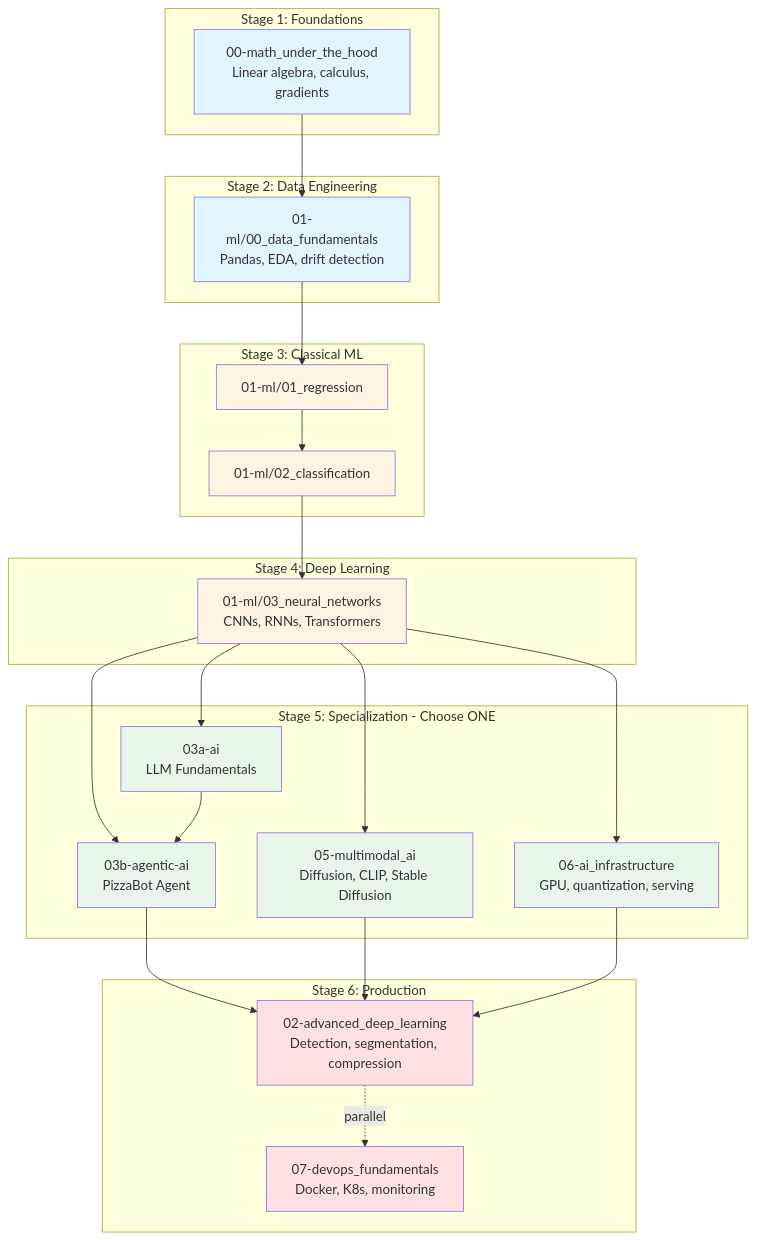
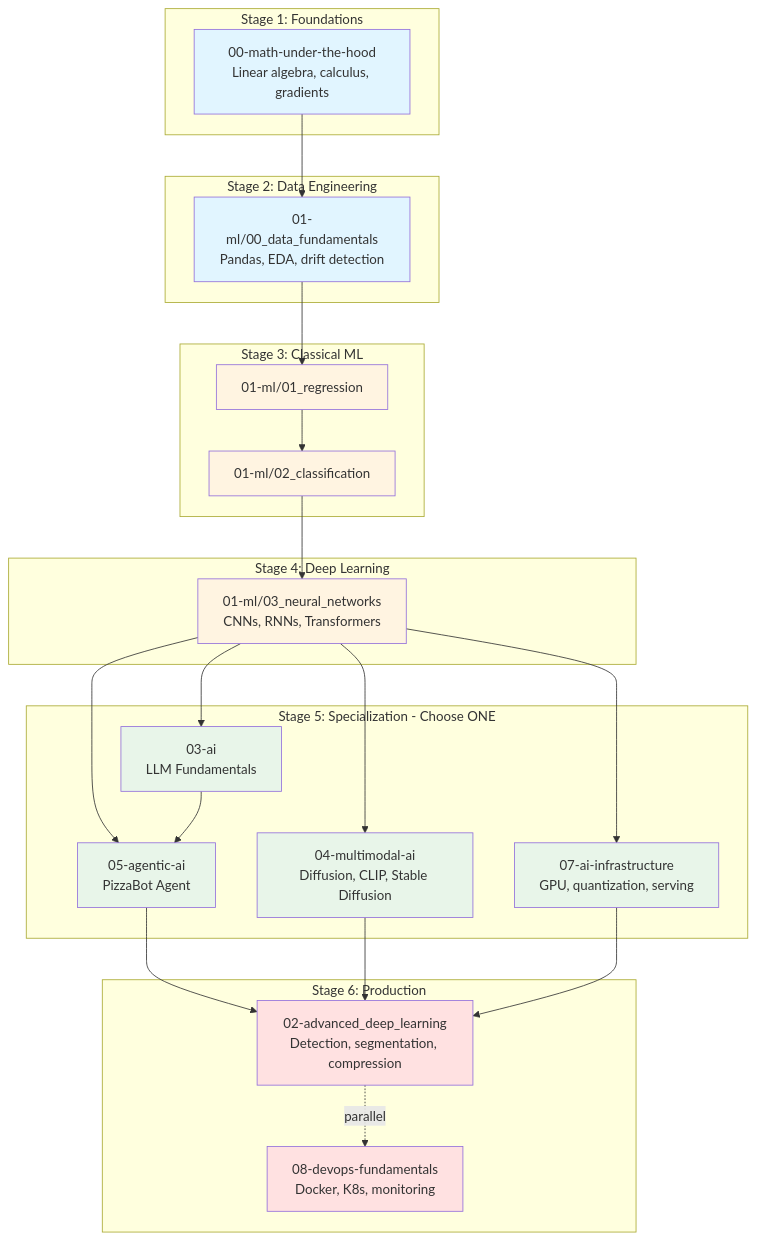
One commit to dsgouda7/ai-portfolio changed the diagram in notes/README.md. Above: the diagram before and after it, drawn with Mermaid. The commit also changed other lines of this file and 720 other files, not shown here.

````diff
--- a/notes/README.md
+++ b/notes/README.md
@@ -39,57 +39,57 @@
 ```mermaid
 flowchart TB
  subgraph Stage1[Stage 1: Foundations]
- Math[00-math_under_the_hood<br/>Linear algebra, calculus, gradients]
+ Math[00-math-under-the-hood<br/>Linear algebra, calculus, gradients]
  end
 
  subgraph Stage2[Stage 2: Data Engineering]
  Data[01-ml/00_data_fundamentals<br/>Pandas, EDA, drift detection]
  end
 
  subgraph Stage3[Stage 3: Classical ML]
  Regression[01-ml/01_regression]
  Classification[01-ml/02_classification]
  Regression --> Classification
  end
 
  subgraph Stage4[Stage 4: Deep Learning]
  NeuralNets[01-ml/03_neural_networks<br/>CNNs, RNNs, Transformers]
  end
 
  subgraph Stage5[Stage 5: Specialization - Choose ONE]
- LLM[03a-ai<br/>LLM Fundamentals]
- Agentic[03b-agentic-ai<br/>PizzaBot Agent]
- Multimodal[05-multimodal_ai<br/>Diffusion, CLIP, Stable Diffusion]
- Infra[06-ai_infrastructure<br/>GPU, quantization, serving]
+ LLM[03-ai<br/>LLM Fundamentals]
+ Agentic[05-agentic-ai<br/>PizzaBot Agent]
+ Multimodal[04-multimodal-ai<br/>Diffusion, CLIP, Stable Diffusion]
+ Infra[07-ai-infrastructure<br/>GPU, quantization, serving]
  end
 
  subgraph Stage6[Stage 6: Production]
  Advanced[02-advanced_deep_learning<br/>Detection, segmentation, compression]
- DevOps[07-devops_fundamentals<br/>Docker, K8s, monitoring]
+ DevOps[08-devops-fundamentals<br/>Docker, K8s, monitoring]
  Advanced -.parallel.-> DevOps
  end
 
  Math --> Data
  Data --> Regression
  Classification --> NeuralNets
  NeuralNets --> LLM
  NeuralNets --> Agentic
  NeuralNets --> Multimodal
  NeuralNets --> Infra
  LLM --> Agentic
  Agentic --> Advanced
  Multimodal --> Advanced
  Infra --> Advanced
 
  style Math fill:#e1f5ff
  style Data fill:#e1f5ff
  style Regression fill:#fff4e1
  style Classification fill:#fff4e1
  style NeuralNets fill:#fff4e1
  style LLM fill:#e8f5e9
  style Agentic fill:#e8f5e9
  style Multimodal fill:#e8f5e9
  style Infra fill:#e8f5e9
  style Advanced fill:#ffe1e1
  style DevOps fill:#ffe1e1
 ```
````
